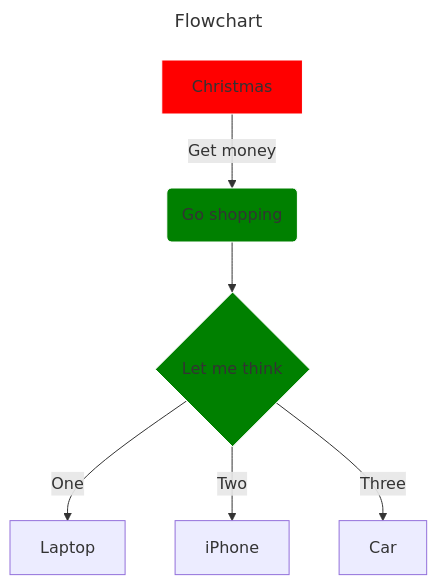
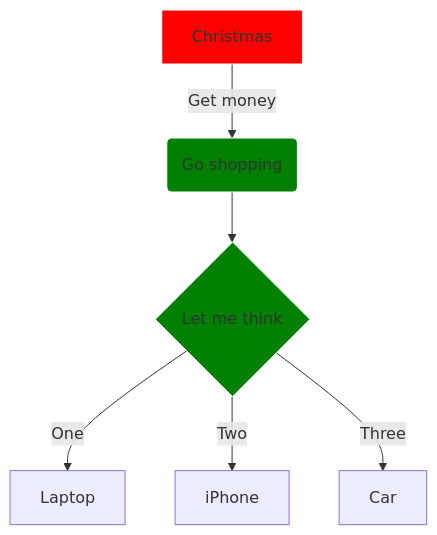
Before and after one commit to singhanmolpreet/mermaid: the second of 7 diagrams in README.md, drawn with Mermaid.

````diff
--- a/README.md
+++ b/README.md
@@ -12,14 +12,14 @@
 ```mermaid
 ---
-title: Flowchart
+title Flowchart
 ---
 flowchart TD
     Christmas -- Get money -->B(Go shopping)
     B --> C{Let me think}
     C -- One --> D[Laptop] 
     C -- Two -->E[iPhone]
     C -- Three --> F[Car]
     style Christmas fill:red,stroke:white
     style B fill:green,stroke:white
     style C fill:green,stroke:white
 ```
````
